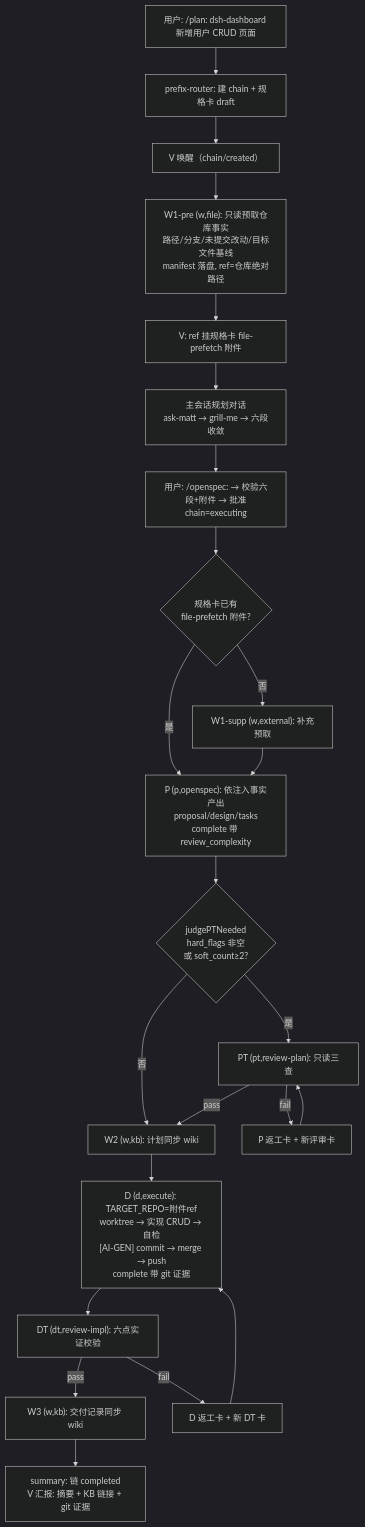
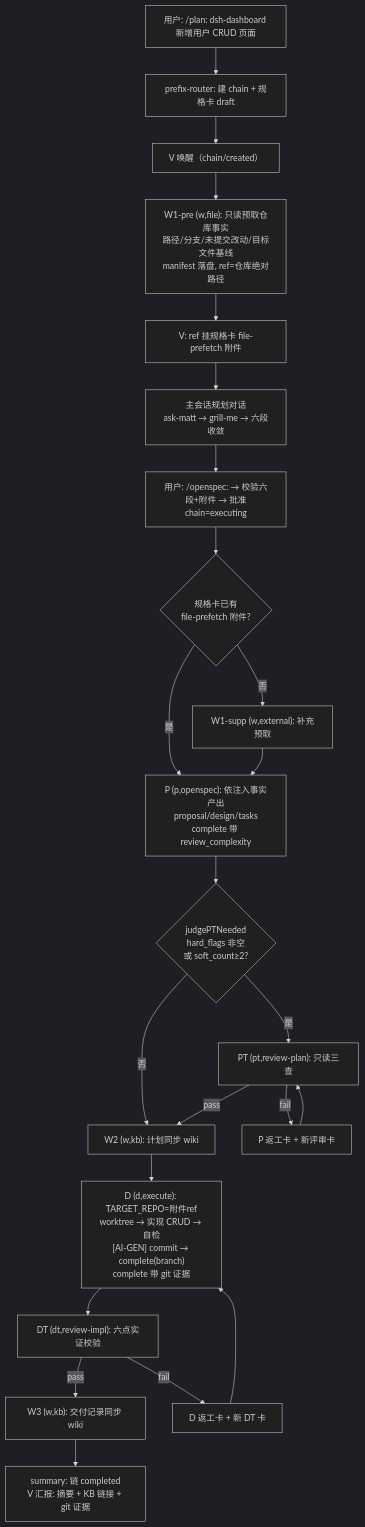
Before and after one commit to joekytc/dsh-swarm: the diagram in docs/chain-simulation-user-crud.md, drawn with Mermaid (dark theme). The commit also changed other lines of this file and 4 other files, not shown here.

Commit message:
docs: sync merge-timing + manifest flow after merge gate

````diff
--- a/docs/chain-simulation-user-crud.md
+++ b/docs/chain-simulation-user-crud.md
@@ -129,27 +129,27 @@
 ```mermaid
 flowchart TD
     U0["用户: /plan: dsh-dashboard 新增用户 CRUD 页面"] --> R0["prefix-router: 建 chain + 规格卡 draft"]
     R0 --> V1["V 唤醒（chain/created）"]
 
     V1 --> W1["W1-pre (w,file): 只读预取仓库事实<br/>路径/分支/未提交改动/目标文件基线<br/>manifest 落盘, ref=仓库绝对路径"]
     W1 --> ATT["V: ref 挂规格卡 file-prefetch 附件"]
     ATT --> PLAN["主会话规划对话<br/>ask-matt → grill-me → 六段收敛"]
     PLAN --> OS["用户: /openspec: → 校验六段+附件 → 批准<br/>chain=executing"]
 
     OS --> SUPP{"规格卡已有<br/>file-prefetch 附件?"}
     SUPP -->|是| P1["P (p,openspec): 依注入事实产出<br/>proposal/design/tasks<br/>complete 带 review_complexity"]
     SUPP -->|否| W1S["W1-supp (w,external): 补充预取"] --> P1
 
     P1 --> JPT{"judgePTNeeded<br/>hard_flags 非空<br/>或 soft_count≥2?"}
     JPT -->|是| PT["PT (pt,review-plan): 只读三查"]
     JPT -->|否| W2
     PT -->|pass| W2["W2 (w,kb): 计划同步 wiki"]
     PT -->|fail| PRW["P 返工卡 + 新评审卡"] --> PT
 
-    W2 --> D1["D (d,execute): TARGET_REPO=附件ref<br/>worktree → 实现 CRUD → 自检<br/>[AI-GEN] commit → merge → push<br/>complete 带 git 证据"]
+    W2 --> D1["D (d,execute): TARGET_REPO=附件ref<br/>worktree → 实现 CRUD → 自检<br/>[AI-GEN] commit → complete(branch)<br/>complete 带 git 证据"]
     D1 --> DT["DT (dt,review-impl): 六点实证校验"]
     DT -->|pass| W3["W3 (w,kb): 交付记录同步 wiki"]
     DT -->|fail| DRW["D 返工卡 + 新 DT 卡"] --> D1
 
     W3 --> SUM["summary: 链 completed<br/>V 汇报: 摘要 + KB 链接 + git 证据"]
 ```
````
